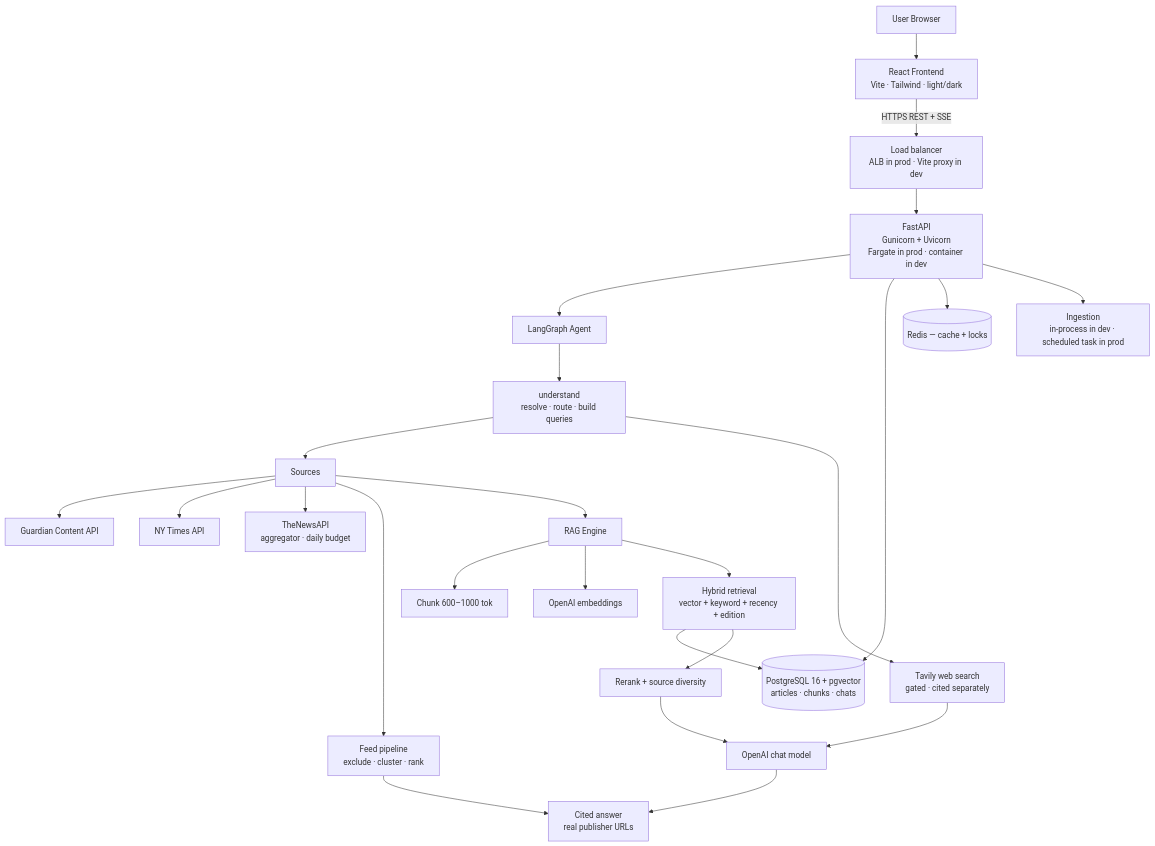
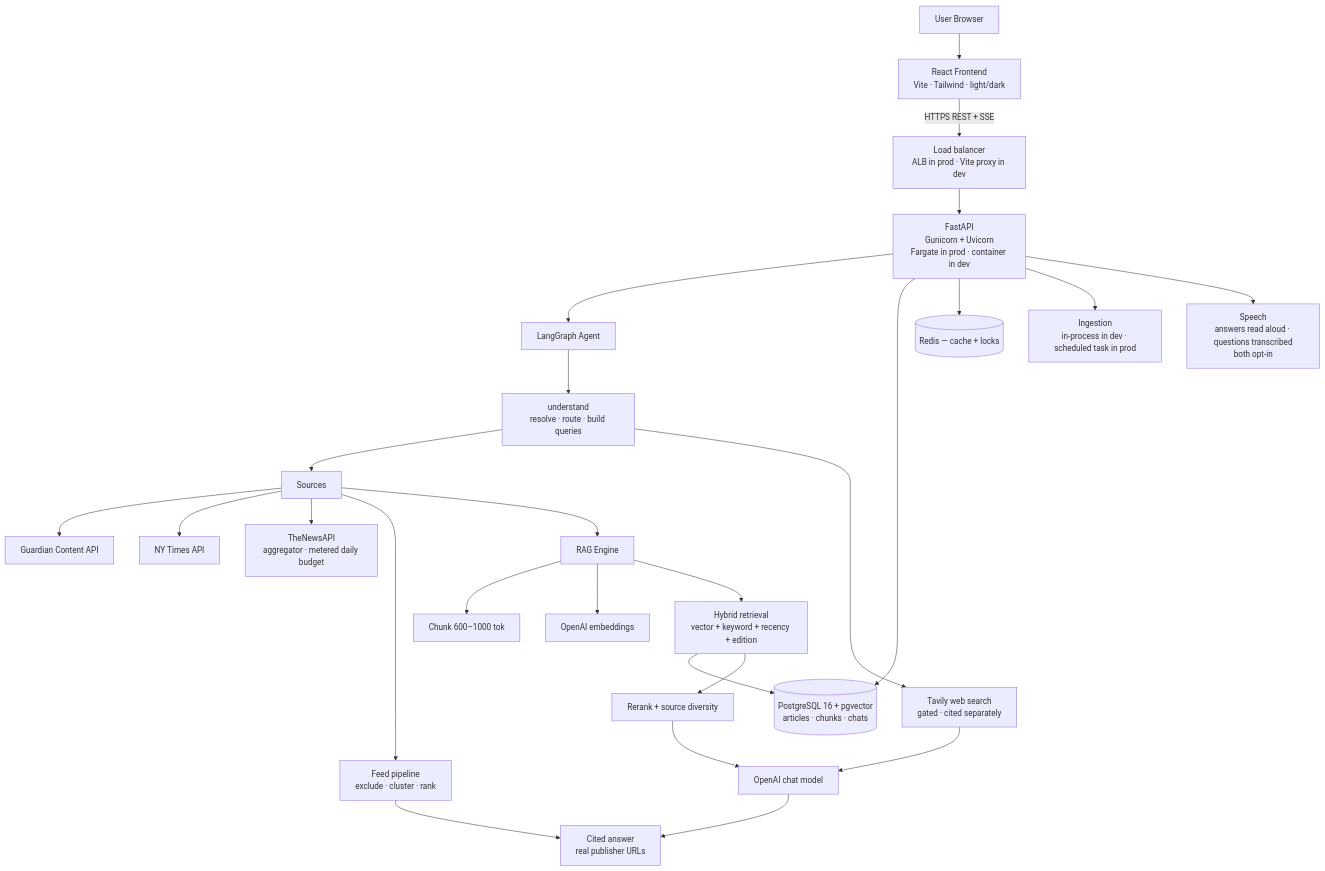
One commit to AJKumarReddy/Agentic-News-app changed the diagram in README.md. Above: the diagram before and after it, drawn with Mermaid. The commit also changed other lines of this file and 14 other files, not shown here.

````diff
--- a/README.md
+++ b/README.md
@@ -27,30 +27,31 @@
 ```mermaid
 flowchart TB
     U[User Browser] --> F[React Frontend<br/>Vite · Tailwind · light/dark]
     F -- HTTPS REST + SSE --> N[Load balancer<br/>ALB in prod · Vite proxy in dev]
     N --> B[FastAPI<br/>Gunicorn + Uvicorn<br/>Fargate in prod · container in dev]
 
     B --> AG[LangGraph Agent]
     B --> PG[(PostgreSQL 16 + pgvector<br/>articles · chunks · chats)]
     B --> R[(Redis — cache + locks)]
     B --> SCH[Ingestion<br/>in-process in dev · scheduled task in prod]
+    B --> AUD[Speech<br/>answers read aloud · questions transcribed<br/>both opt-in]
 
     AG --> UN[understand<br/>resolve · route · build queries]
     UN --> SRC[Sources]
     SRC --> G[Guardian Content API]
     SRC --> NY[NY Times API]
-    SRC --> TNA[TheNewsAPI<br/>aggregator · daily budget]
+    SRC --> TNA[TheNewsAPI<br/>aggregator · metered daily budget]
     UN --> WEB[Tavily web search<br/>gated · cited separately]
 
     SRC --> FEED[Feed pipeline<br/>exclude · cluster · rank]
     FEED --> C
     SRC --> RAG[RAG Engine]
     RAG --> CH[Chunk 600–1000 tok]
     RAG --> EM[OpenAI embeddings]
     RAG --> HY[Hybrid retrieval<br/>vector + keyword + recency + edition]
     HY --> PG
     HY --> RR[Rerank + source diversity]
     RR --> LLM[OpenAI chat model]
     WEB --> LLM
     LLM --> C[Cited answer<br/>real publisher URLs]
 ```
````
